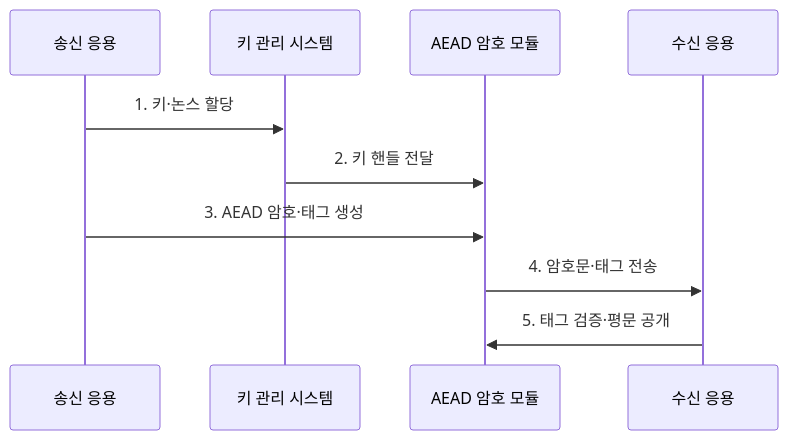
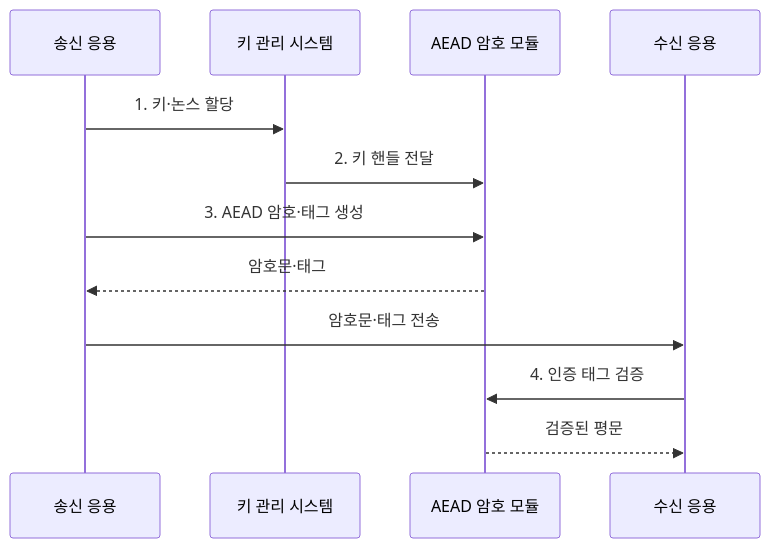
One commit to agnusdei1207/knowledge-base changed the second of 2 diagrams in src/content/docs/notes/05-security/001_symmetric_encryption.md. Above: the diagram before and after it, drawn with Mermaid. The commit also changed other lines of this file and 20 other files, not shown here.

````diff
--- a/src/content/docs/notes/05-security/001_symmetric_encryption.md
+++ b/src/content/docs/notes/05-security/001_symmetric_encryption.md
@@ -92,12 +91,14 @@
 ```mermaid
 sequenceDiagram
     participant S as 송신 응용
     participant K as 키 관리 시스템
     participant C as AEAD 암호 모듈
     participant R as 수신 응용
     S->>K: 1. 키·논스 할당
     K->>C: 2. 키 핸들 전달
     S->>C: 3. AEAD 암호·태그 생성
-    C->>R: 4. 암호문·태그 전송
-    R->>C: 5. 태그 검증·평문 공개
+    C-->>S: 암호문·태그
+    S->>R: 암호문·태그 전송
+    R->>C: 4. 인증 태그 검증
+    C-->>R: 검증된 평문
 ```
````
